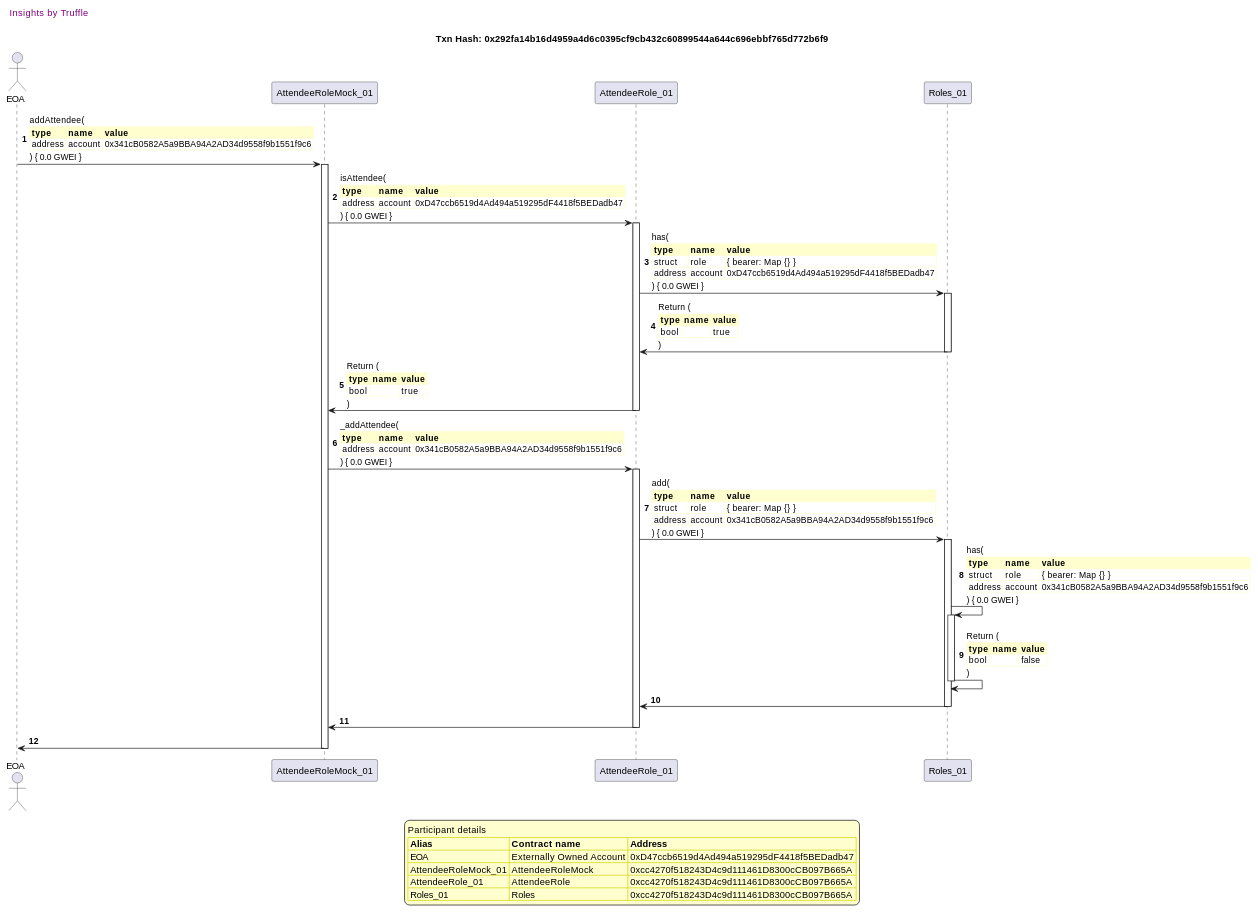
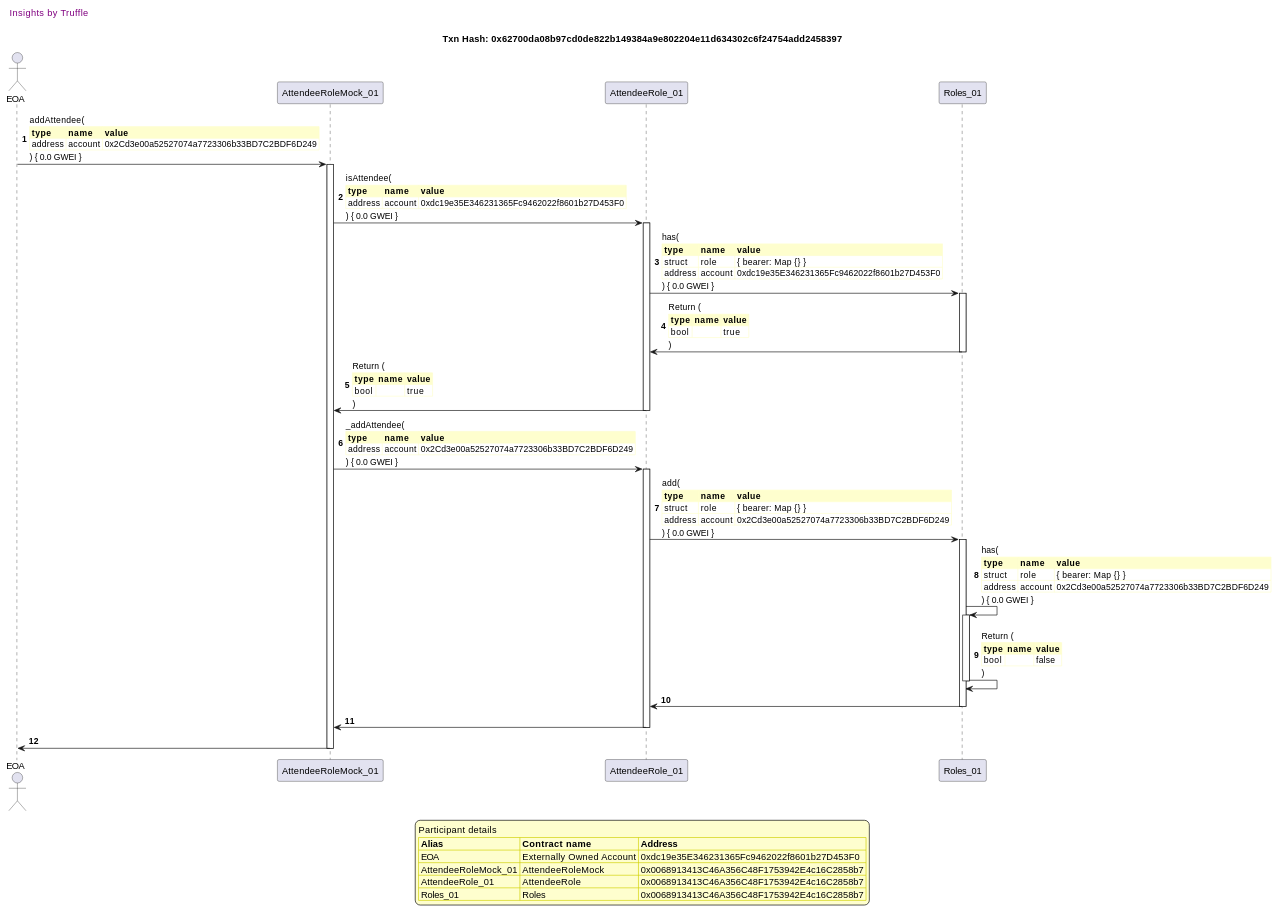
Before and after one commit to fodisi/hackapay: the second of 41 diagrams in truffle-seq/roles_attendeerole.md, drawn with PlantUML. The commit also changed other lines of this file and 10 other files, not shown here.

````diff
--- a/truffle-seq/roles_attendeerole.md
+++ b/truffle-seq/roles_attendeerole.md
@@ -80,81 +80,81 @@
 ```plantuml
 
 
 @startuml
 
 autonumber
 skinparam legendBackgroundColor #FEFECE
 
 <style>
       header {
         HorizontalAlignment left
         FontColor purple
         FontSize 14
         Padding 10
       }
     </style>
 
 header Insights by Truffle
 
-title Txn Hash: 0x292fa14b16d4959a4d6c0395cf9cb432c60899544a644c696ebbf765d772b6f9
+title Txn Hash: 0x62700da08b97cd0de822b149384a9e802204e11d634302c6f24754add2458397
 
 
 actor EOA as "EOA"
 participant AttendeeRoleMock_01 as "AttendeeRoleMock_01"
 participant AttendeeRole_01 as "AttendeeRole_01"
 participant Roles_01 as "Roles_01"
 
 "EOA" -> "AttendeeRoleMock_01" ++: addAttendee(\n\
 <#FEFECE,#FEFECE>|= type |= name |= value |\n\
-| address | account | 0x341cB0582A5a9BBA94A2AD34d9558f9b1551f9c6 |\n\
+| address | account | 0x2Cd3e00a52527074a7723306b33BD7C2BDF6D249 |\n\
 ) { 0.0 GWEI }
 "AttendeeRoleMock_01" -> "AttendeeRole_01" ++: isAttendee(\n\
 <#FEFECE,#FEFECE>|= type |= name |= value |\n\
-| address | account | 0xD47ccb6519d4Ad494a519295dF4418f5BEDadb47 |\n\
+| address | account | 0xdc19e35E346231365Fc9462022f8601b27D453F0 |\n\
 ) { 0.0 GWEI }
 "AttendeeRole_01" -> "Roles_01" ++: has(\n\
 <#FEFECE,#FEFECE>|= type |= name |= value |\n\
 | struct | role | { bearer: Map {} } |\n\
-| address | account | 0xD47ccb6519d4Ad494a519295dF4418f5BEDadb47 |\n\
+| address | account | 0xdc19e35E346231365Fc9462022f8601b27D453F0 |\n\
 ) { 0.0 GWEI }
 "Roles_01" -> "AttendeeRole_01" --: Return (\n\
 <#FEFECE,#FEFECE>|= type |= name |= value |\n\
 | bool |  | true |\n\
 )
 "AttendeeRole_01" -> "AttendeeRoleMock_01" --: Return (\n\
 <#FEFECE,#FEFECE>|= type |= name |= value |\n\
 | bool |  | true |\n\
 )
 "AttendeeRoleMock_01" -> "AttendeeRole_01" ++: _addAttendee(\n\
 <#FEFECE,#FEFECE>|= type |= name |= value |\n\
-| address | account | 0x341cB0582A5a9BBA94A2AD34d9558f9b1551f9c6 |\n\
+| address | account | 0x2Cd3e00a52527074a7723306b33BD7C2BDF6D249 |\n\
 ) { 0.0 GWEI }
 "AttendeeRole_01" -> "Roles_01" ++: add(\n\
 <#FEFECE,#FEFECE>|= type |= name |= value |\n\
 | struct | role | { bearer: Map {} } |\n\
-| address | account | 0x341cB0582A5a9BBA94A2AD34d9558f9b1551f9c6 |\n\
+| address | account | 0x2Cd3e00a52527074a7723306b33BD7C2BDF6D249 |\n\
 ) { 0.0 GWEI }
 "Roles_01" -> "Roles_01" ++: has(\n\
 <#FEFECE,#FEFECE>|= type |= name |= value |\n\
 | struct | role | { bearer: Map {} } |\n\
-| address | account | 0x341cB0582A5a9BBA94A2AD34d9558f9b1551f9c6 |\n\
+| address | account | 0x2Cd3e00a52527074a7723306b33BD7C2BDF6D249 |\n\
 ) { 0.0 GWEI }
 "Roles_01" -> "Roles_01" --: Return (\n\
 <#FEFECE,#FEFECE>|= type |= name |= value |\n\
 | bool |  | false |\n\
 )
 "Roles_01" -> "AttendeeRole_01" --: 
 "AttendeeRole_01" -> "AttendeeRoleMock_01" --: 
 "AttendeeRoleMock_01" -> "EOA" --: 
 
 legend
 Participant details
 <#FEFECE,#D0D000>|= Alias |= Contract name |= Address |
-<#FEFECE>| EOA | Externally Owned Account | 0xD47ccb6519d4Ad494a519295dF4418f5BEDadb47 |
-<#FEFECE>| AttendeeRoleMock_01 | AttendeeRoleMock | 0xcc4270f518243D4c9d111461D8300cCB097B665A |
-<#FEFECE>| AttendeeRole_01 | AttendeeRole | 0xcc4270f518243D4c9d111461D8300cCB097B665A |
-<#FEFECE>| Roles_01 | Roles | 0xcc4270f518243D4c9d111461D8300cCB097B665A |
+<#FEFECE>| EOA | Externally Owned Account | 0xdc19e35E346231365Fc9462022f8601b27D453F0 |
+<#FEFECE>| AttendeeRoleMock_01 | AttendeeRoleMock | 0x0068913413C46A356C48F1753942E4c16C2858b7 |
+<#FEFECE>| AttendeeRole_01 | AttendeeRole | 0x0068913413C46A356C48F1753942E4c16C2858b7 |
+<#FEFECE>| Roles_01 | Roles | 0x0068913413C46A356C48F1753942E4c16C2858b7 |
 endlegend
 
 @enduml
 ```
````
